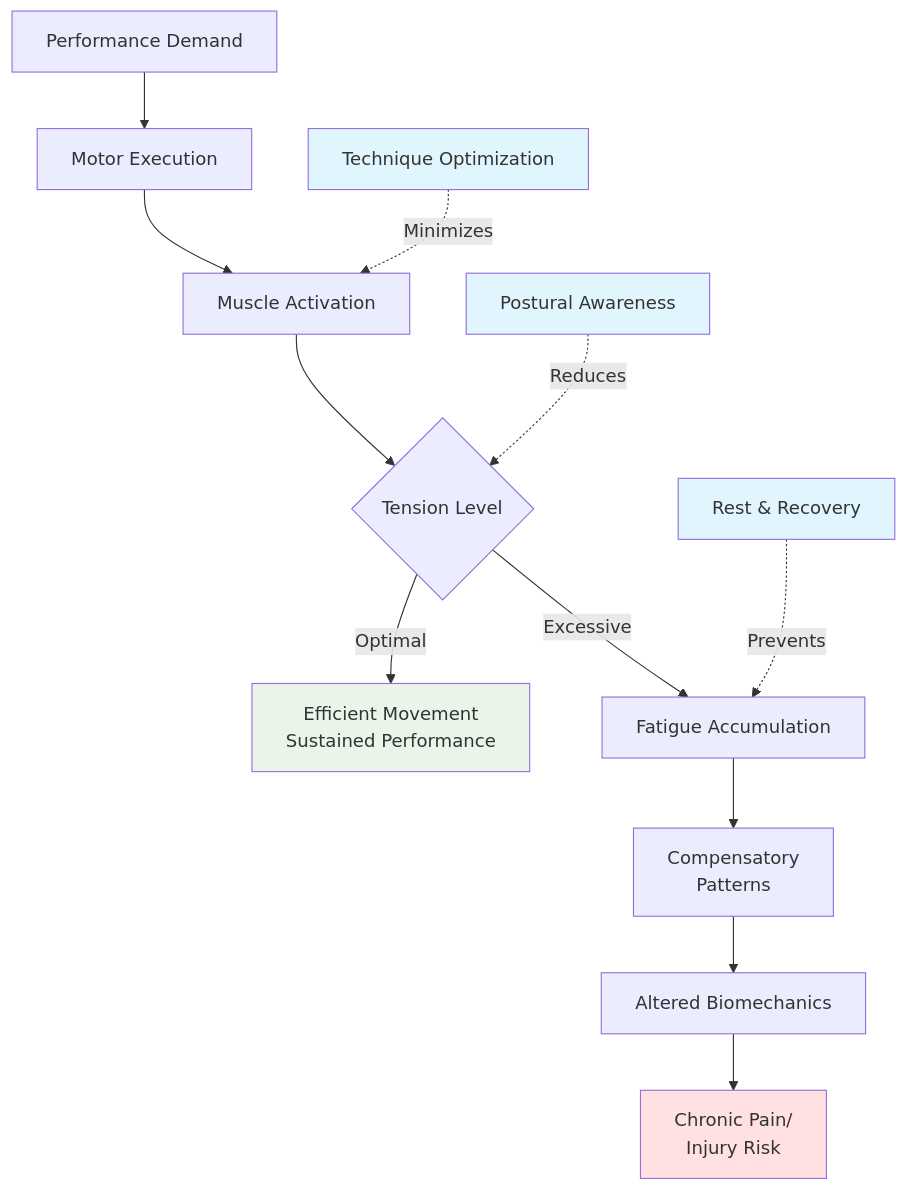
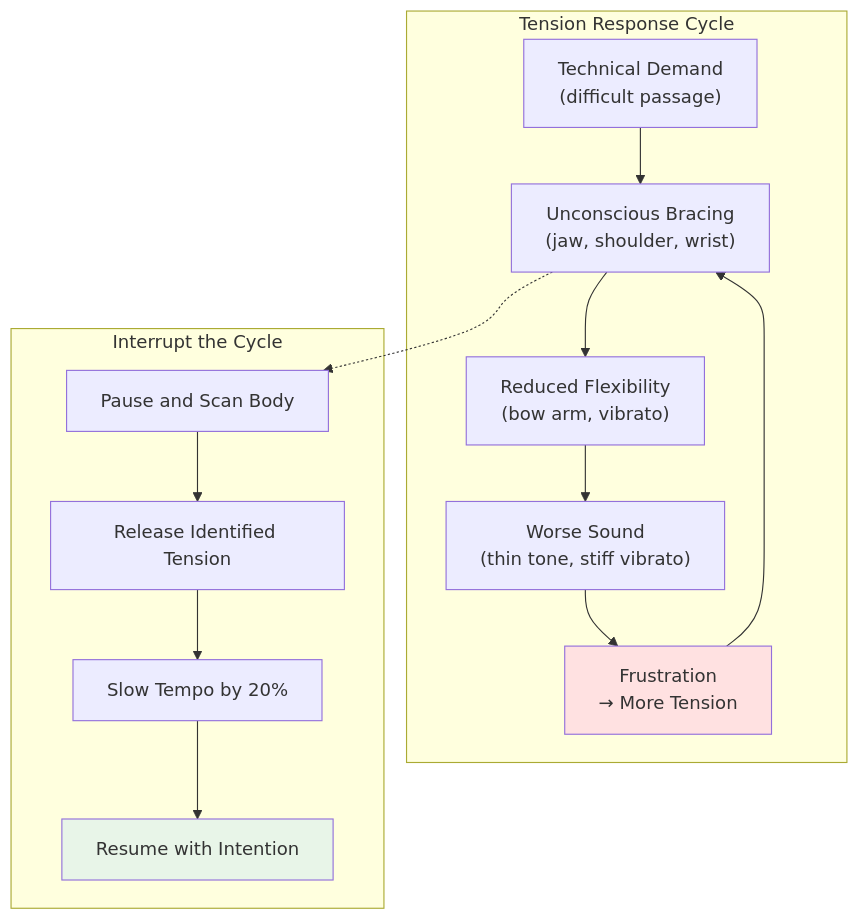
Before and after one commit to blebleblee/synapse: the seventh of 8 diagrams in topics/arts/music_performance/strings/lesson_01_string_techniques.md, drawn with Mermaid. The commit also changed other lines of this file and 4 other files, not shown here.

````diff
--- a/topics/arts/music_performance/strings/lesson_01_string_techniques.md
+++ b/topics/arts/music_performance/strings/lesson_01_string_techniques.md
@@ -254,23 +709,25 @@
 ```mermaid
 graph TD
-    A["Performance Demand"] --> B["Motor Execution"]
-    B --> C["Muscle Activation"]
-    C --> D{"Tension Level"}
-    
-    D -->|"Optimal"| E["Efficient Movement<br/>Sustained Performance"]
-    D -->|"Excessive"| F["Fatigue Accumulation"]
-    
-    F --> G["Compensatory<br/>Patterns"]
-    G --> H["Altered Biomechanics"]
-    H --> I["Chronic Pain/<br/>Injury Risk"]
-    
-    J["Rest & Recovery"] -.->|"Prevents"| F
-    K["Postural Awareness"] -.->|"Reduces"| D
-    L["Technique Optimization"] -.->|"Minimizes"| C
-    
-    style E fill:#e8f5e8
-    style I fill:#ffe1e1
-    style J fill:#e1f5ff
-    style K fill:#e1f5ff
-    style L fill:#e1f5ff
+    subgraph sub_tension ["Tension Response Cycle"]
+        A["Technical Demand<br/>(difficult passage)"]
+        B["Unconscious Bracing<br/>(jaw, shoulder, wrist)"]
+        C["Reduced Flexibility<br/>(bow arm, vibrato)"]
+        D["Worse Sound<br/>(thin tone, stiff vibrato)"]
+        E["Frustration<br/>→ More Tension"]
+    end
+
+    subgraph sub_interrupt ["Interrupt the Cycle"]
+        I1["Pause and Scan Body"]
+        I2["Release Identified Tension"]
+        I3["Slow Tempo by 20%"]
+        I4["Resume with Intention"]
+    end
+
+    A --> B --> C --> D --> E --> B
+
+    B -.-> I1
+    I1 --> I2 --> I3 --> I4
+
+    style E fill:#ffe1e1
+    style I4 fill:#e8f5e8
 ```
````
